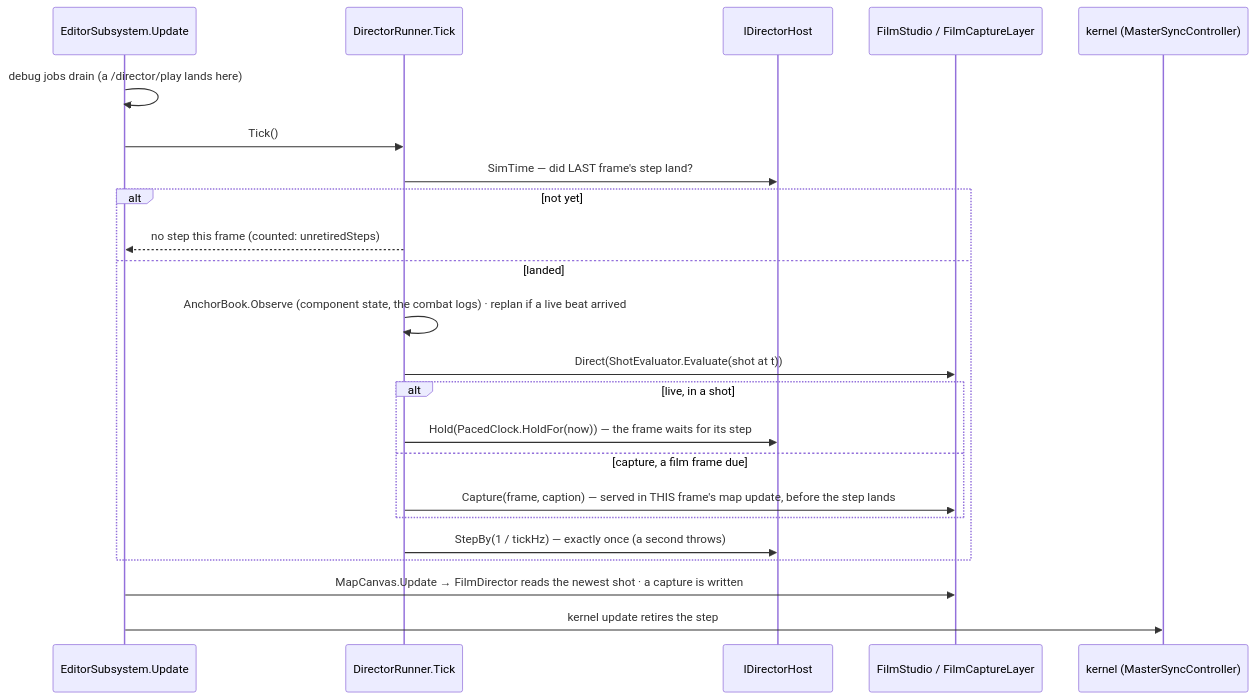
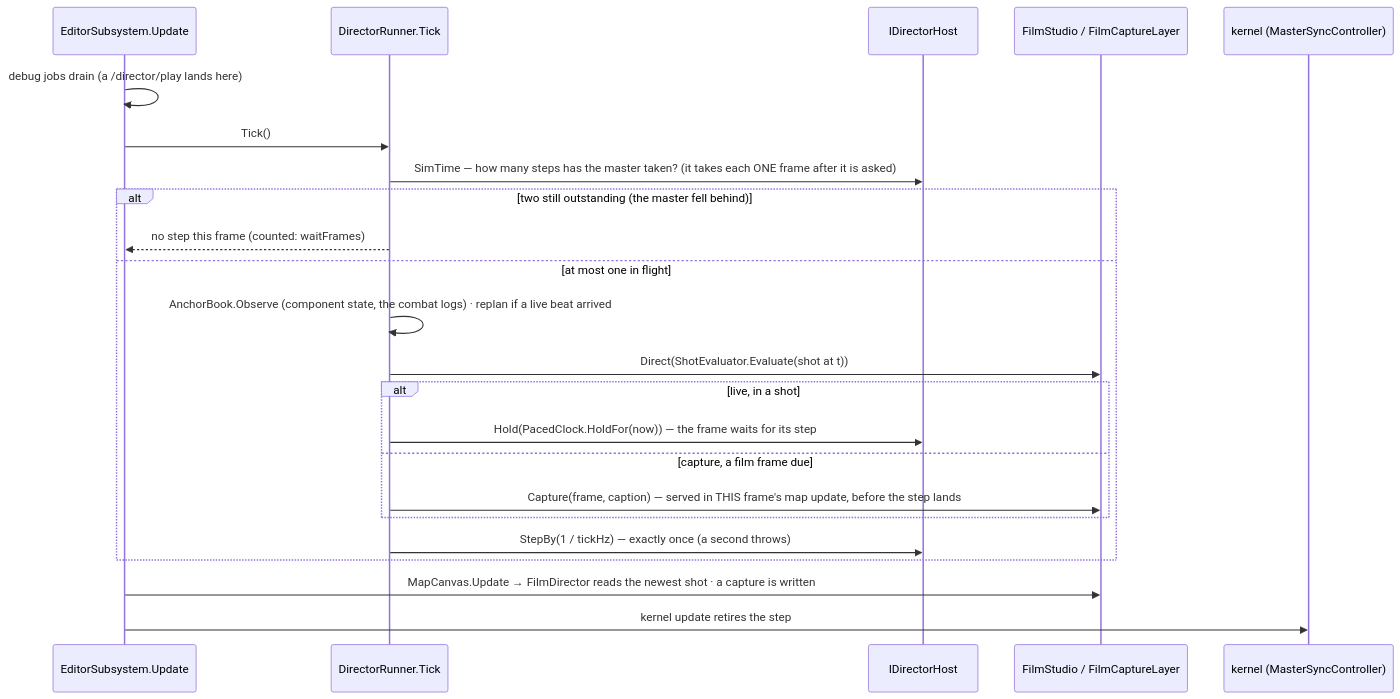
Before and after one commit to pjanec/HROT: the eighth of 8 diagrams in docs/DESIGN_Film_Director.md, drawn with Mermaid. The commit also changed other lines of this file and 7 other files, not shown here.

First line of the commit message:
CE-4038: keep one step in flight — the editor's master takes it a frame later

````diff
--- a/docs/DESIGN_Film_Director.md
+++ b/docs/DESIGN_Film_Director.md
@@ -719,25 +720,25 @@
 ```mermaid
 sequenceDiagram
   participant U as EditorSubsystem.Update
   participant R as DirectorRunner.Tick
   participant H as IDirectorHost
   participant F as FilmStudio / FilmCaptureLayer
   participant K as kernel (MasterSyncController)
   U->>U: debug jobs drain (a /director/play lands here)
   U->>R: Tick()
-  R->>H: SimTime — did LAST frame's step land?
-  alt not yet
-    R-->>U: no step this frame (counted: unretiredSteps)
-  else landed
+  R->>H: SimTime — how many steps has the master taken? (it takes each ONE frame after it is asked)
+  alt two still outstanding (the master fell behind)
+    R-->>U: no step this frame (counted: waitFrames)
+  else at most one in flight
     R->>R: AnchorBook.Observe (component state, the combat logs) · replan if a live beat arrived
     R->>F: Direct(ShotEvaluator.Evaluate(shot at t))
     alt live, in a shot
       R->>H: Hold(PacedClock.HoldFor(now)) — the frame waits for its step
     else capture, a film frame due
       R->>F: Capture(frame, caption) — served in THIS frame's map update, before the step lands
     end
     R->>H: StepBy(1 / tickHz) — exactly once (a second throws)
   end
   U->>F: MapCanvas.Update → FilmDirector reads the newest shot · a capture is written
   U->>K: kernel update retires the step
 ```
````
